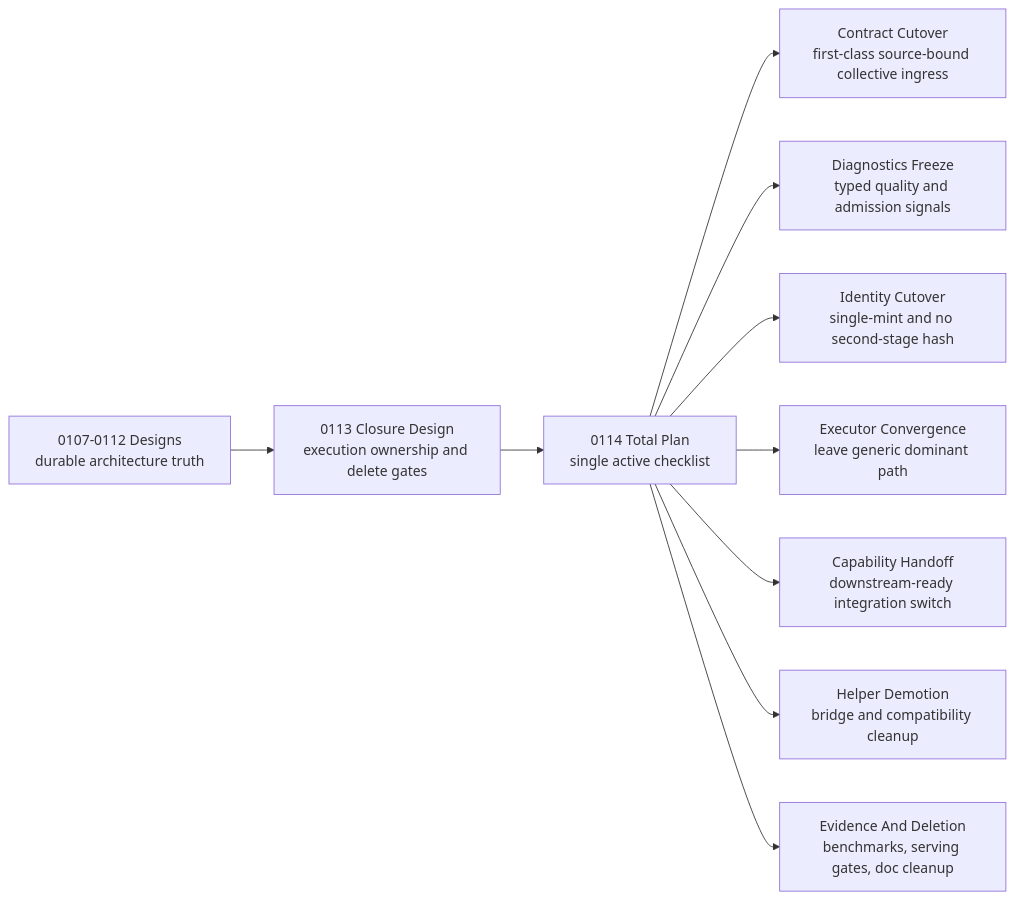
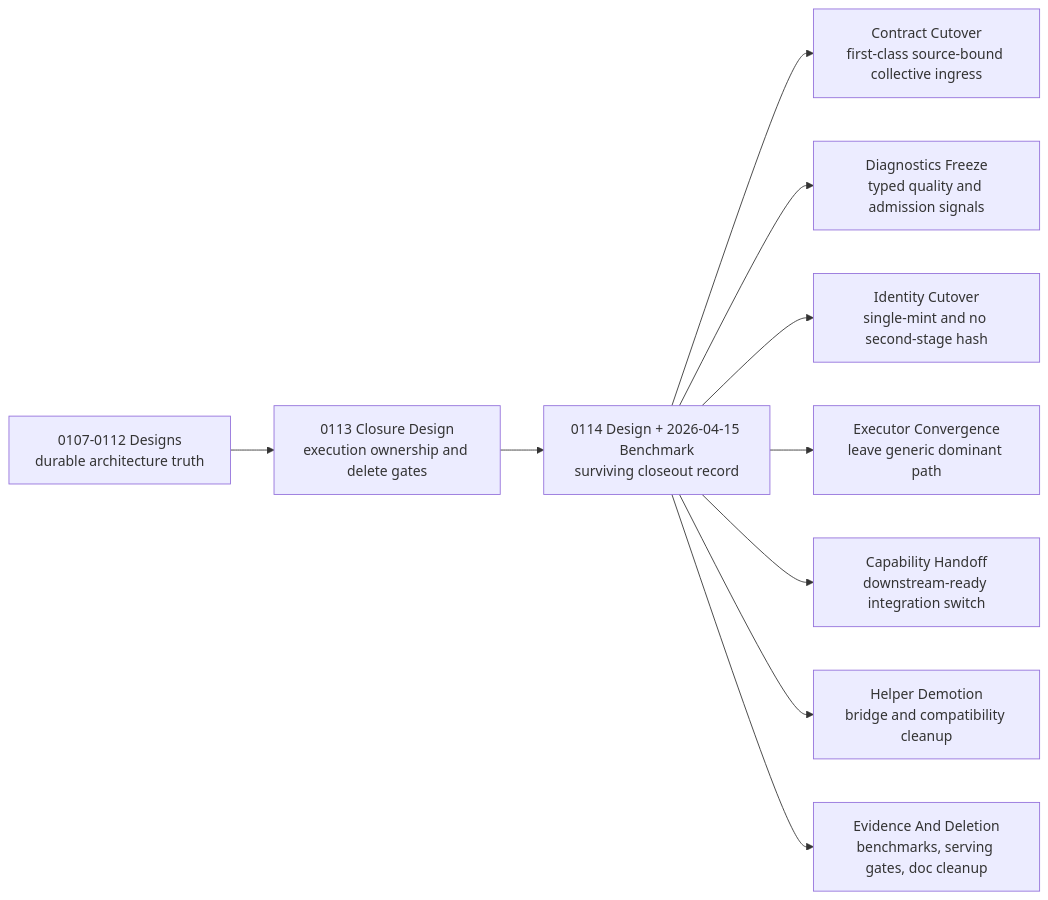
The diagram in docs/designs/0113-step3p5-closure-and-sot-convergence.md (tensorcast-ai/tensorcast), drawn with Mermaid before and after one commit. The commit also changed other lines of this file and 24 other files, not shown here.

````diff
--- a/docs/designs/0113-step3p5-closure-and-sot-convergence.md
+++ b/docs/designs/0113-step3p5-closure-and-sot-convergence.md
@@ -83,12 +84,12 @@
 ```mermaid
 flowchart LR
   A["0107-0112 Designs<br>durable architecture truth"] --> B["0113 Closure Design<br>execution ownership and delete gates"]
-  B --> C["0114 Total Plan<br>single active checklist"]
+  B --> C["0114 Design + 2026-04-15 Benchmark<br>surviving closeout record"]
   C --> D["Contract Cutover<br>first-class source-bound collective ingress"]
   C --> E["Diagnostics Freeze<br>typed quality and admission signals"]
   C --> F["Identity Cutover<br>single-mint and no second-stage hash"]
   C --> G["Executor Convergence<br>leave generic dominant path"]
   C --> H["Capability Handoff<br>downstream-ready integration switch"]
   C --> I["Helper Demotion<br>bridge and compatibility cleanup"]
   C --> J["Evidence And Deletion<br>benchmarks, serving gates, doc cleanup"]
 ```
````
